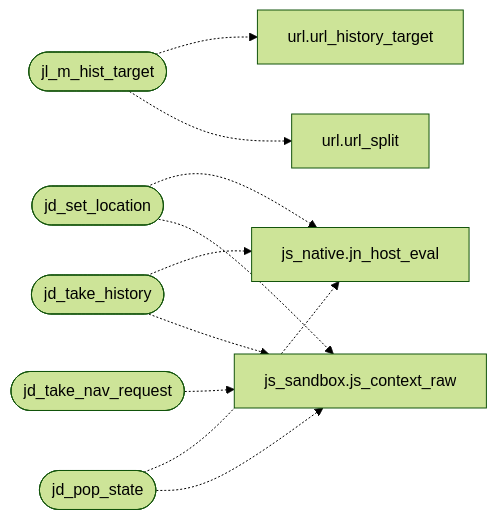
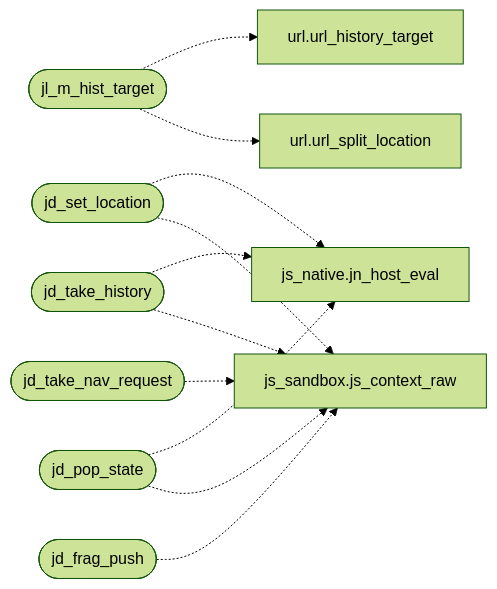
Before and after one commit to grisuno/FreeDom: the diagram in readmenator-apidocs/modules/src.js_location.c.md, drawn with Mermaid (forest theme). The commit also changed other lines of this file and 423 other files, not shown here.

````diff
--- a/readmenator-apidocs/modules/src.js_location.c.md
+++ b/readmenator-apidocs/modules/src.js_location.c.md
@@ -13,21 +13,23 @@
 ```mermaid
 flowchart LR
     n_src_js_location_c__jl_m_hist_target(["jl_m_hist_target"])
     n_src_url_c__url_history_target["url.url_history_target"]
-    n_src_url_c__url_split["url.url_split"]
+    n_src_url_c__url_split_location["url.url_split_location"]
     n_src_js_location_c__jd_set_location(["jd_set_location"])
     n_src_js_native_c__jn_host_eval["js_native.jn_host_eval"]
     n_src_js_sandbox_c__js_context_raw["js_sandbox.js_context_raw"]
     n_src_js_location_c__jd_take_nav_request(["jd_take_nav_request"])
     n_src_js_location_c__jd_take_history(["jd_take_history"])
+    n_src_js_location_c__jd_frag_push(["jd_frag_push"])
     n_src_js_location_c__jd_pop_state(["jd_pop_state"])
     n_src_js_location_c__jl_m_hist_target -.-> n_src_url_c__url_history_target
-    n_src_js_location_c__jl_m_hist_target -.-> n_src_url_c__url_split
+    n_src_js_location_c__jl_m_hist_target -.-> n_src_url_c__url_split_location
     n_src_js_location_c__jd_set_location -.-> n_src_js_native_c__jn_host_eval
     n_src_js_location_c__jd_set_location -.-> n_src_js_sandbox_c__js_context_raw
     n_src_js_location_c__jd_take_nav_request -.-> n_src_js_sandbox_c__js_context_raw
     n_src_js_location_c__jd_take_history -.-> n_src_js_native_c__jn_host_eval
     n_src_js_location_c__jd_take_history -.-> n_src_js_sandbox_c__js_context_raw
+    n_src_js_location_c__jd_frag_push -.-> n_src_js_sandbox_c__js_context_raw
     n_src_js_location_c__jd_pop_state -.-> n_src_js_native_c__jn_host_eval
     n_src_js_location_c__jd_pop_state -.-> n_src_js_sandbox_c__js_context_raw
 ```
````
